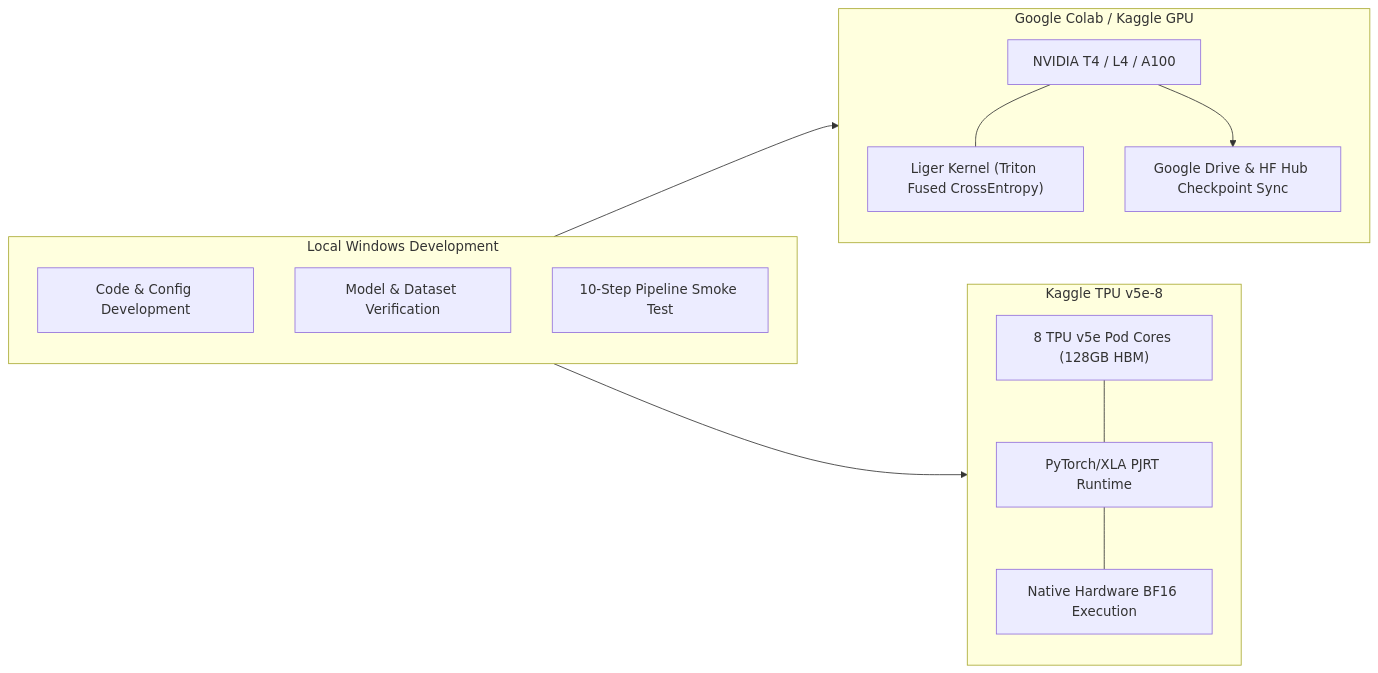
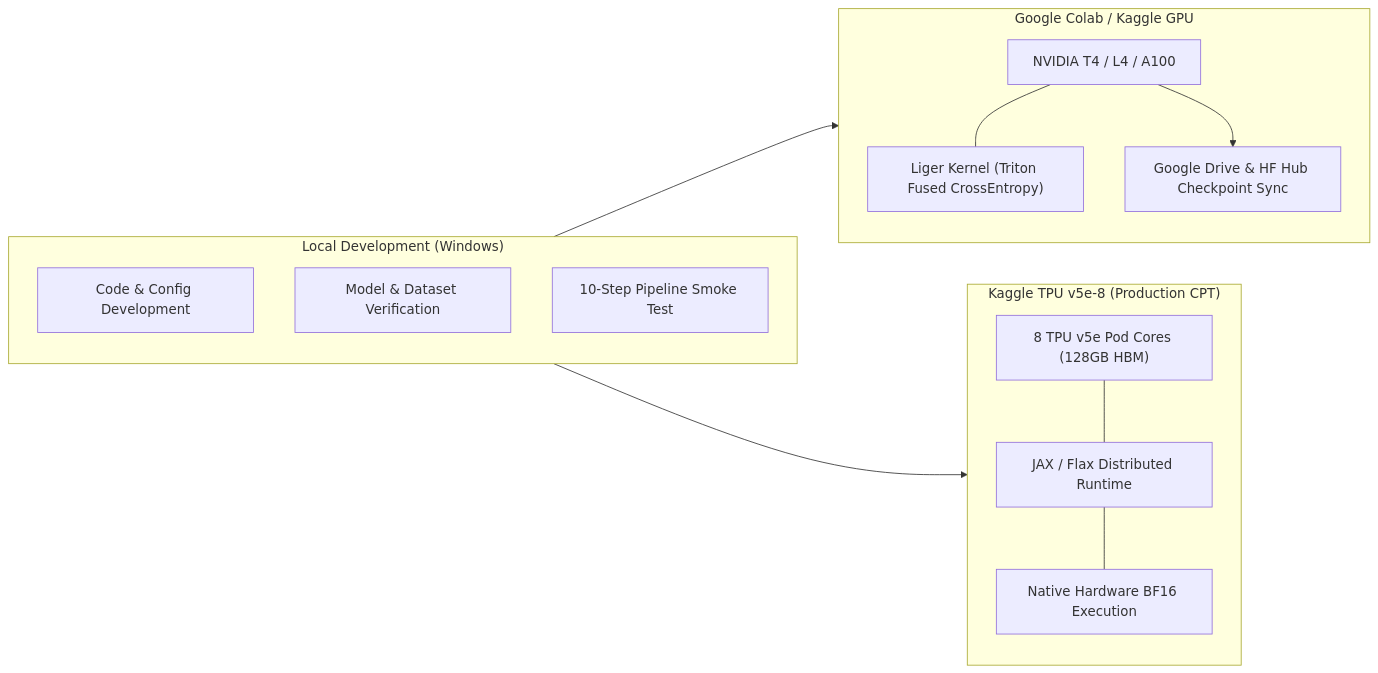
One commit to rudy-07/QaptaanLM-0.75B changed the third of 4 diagrams in README.md. Above: the diagram before and after it, drawn with Mermaid. The commit also changed other lines of this file and 24 other files, not shown here.

````diff
--- a/README.md
+++ b/README.md
@@ -140,27 +149,27 @@
 ```mermaid
 flowchart LR
-    subgraph Local["Local Windows Development"]
+    subgraph Local["Local Development (Windows)"]
         DEV["Code & Config Development"]
         VERIFY["Model & Dataset Verification"]
         SMOKE["10-Step Pipeline Smoke Test"]
     end
 
     subgraph RemoteGPU["Google Colab / Kaggle GPU"]
         GPU1["NVIDIA T4 / L4 / A100"]
         LIGER["Liger Kernel (Triton Fused CrossEntropy)"]
         GDRIVE["Google Drive & HF Hub Checkpoint Sync"]
         GPU1 --- LIGER
         GPU1 --> GDRIVE
     end
 
-    subgraph RemoteTPU["Kaggle TPU v5e-8"]
+    subgraph RemoteTPU["Kaggle TPU v5e-8 (Production CPT)"]
         TPU["8 TPU v5e Pod Cores (128GB HBM)"]
-        PJRT["PyTorch/XLA PJRT Runtime"]
+        PJRT["JAX / Flax Distributed Runtime"]
         BF16["Native Hardware BF16 Execution"]
         TPU --- PJRT
         PJRT --- BF16
     end
 
     Local --> RemoteGPU
     Local --> RemoteTPU
 ```
````
